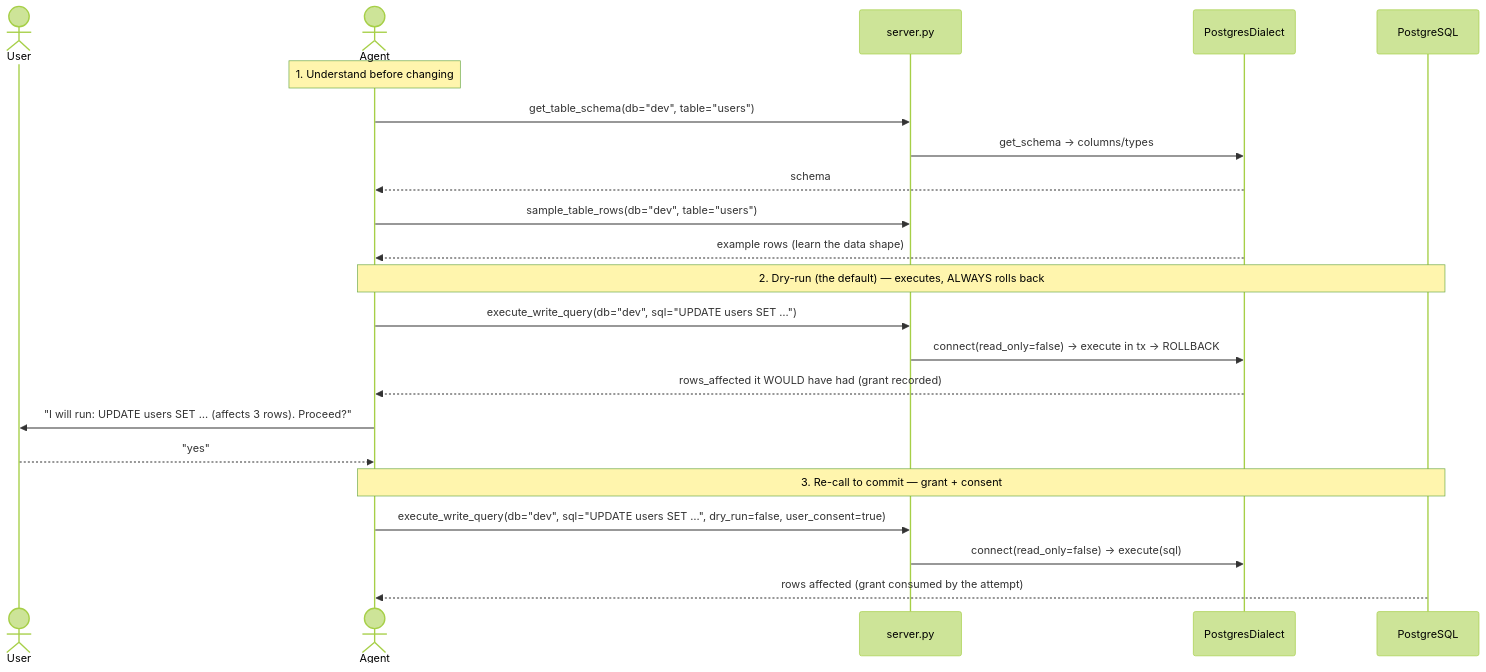
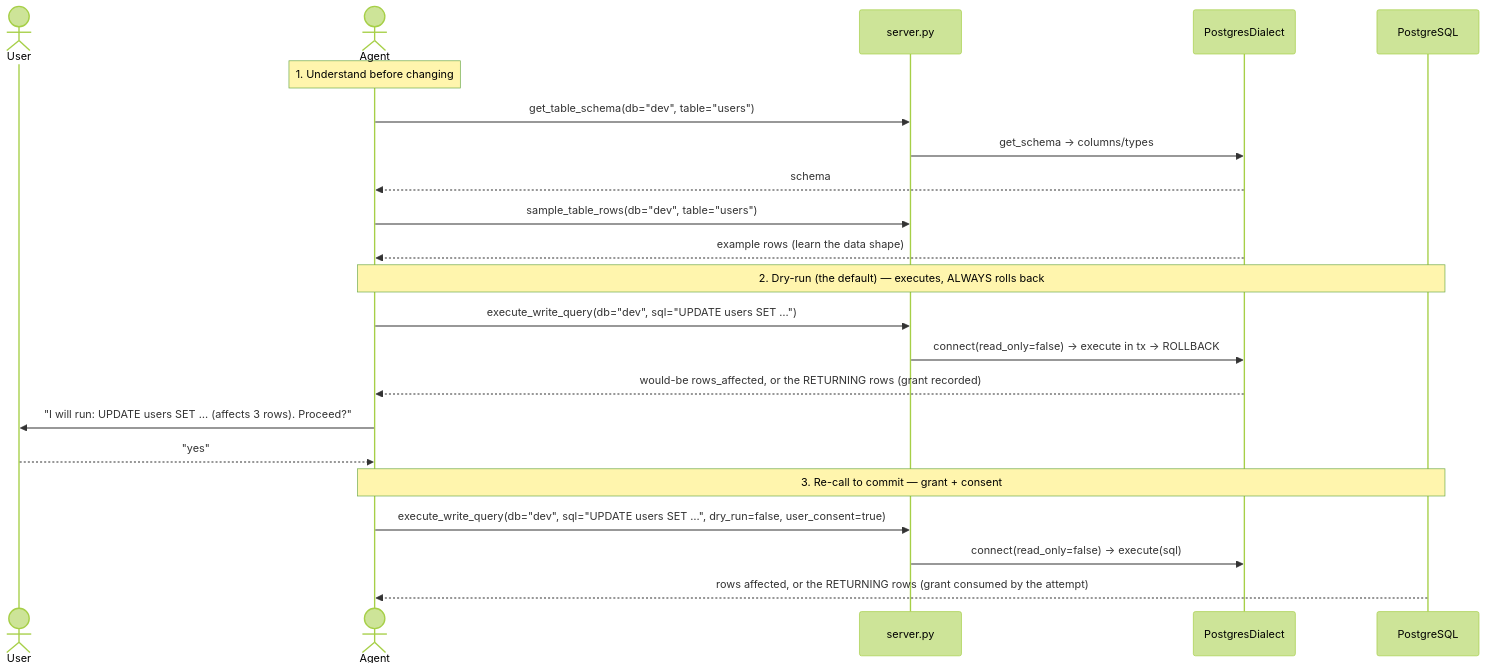
The fourth of 7 diagrams in docs/ARCHITECTURE.md (Idle-Sync/db-conn-mcp), drawn with Mermaid (forest theme) before and after one commit. The commit also changed other lines of this file and 7 other files, not shown here.

````diff
--- a/docs/ARCHITECTURE.md
+++ b/docs/ARCHITECTURE.md
@@ -233,28 +233,28 @@
 ```mermaid
 sequenceDiagram
     actor User
     actor Agent
     participant Server as server.py
     participant PG as PostgresDialect
     participant DB as PostgreSQL
 
     Note over Agent: 1. Understand before changing
     Agent->>Server: get_table_schema(db="dev", table="users")
     Server->>PG: get_schema → columns/types
     PG-->>Agent: schema
     Agent->>Server: sample_table_rows(db="dev", table="users")
     PG-->>Agent: example rows (learn the data shape)
 
     Note over Agent,DB: 2. Dry-run (the default) — executes, ALWAYS rolls back
     Agent->>Server: execute_write_query(db="dev", sql="UPDATE users SET …")
     Server->>PG: connect(read_only=false) → execute in tx → ROLLBACK
-    PG-->>Agent: rows_affected it WOULD have had (grant recorded)
+    PG-->>Agent: would-be rows_affected, or the RETURNING rows (grant recorded)
 
     Agent->>User: "I will run:  UPDATE users SET … (affects 3 rows). Proceed?"
     User-->>Agent: "yes"
 
     Note over Agent,DB: 3. Re-call to commit — grant + consent
     Agent->>Server: execute_write_query(db="dev", sql="UPDATE users SET …", dry_run=false, user_consent=true)
     Server->>PG: connect(read_only=false) → execute(sql)
-    DB-->>Agent: rows affected (grant consumed by the attempt)
+    DB-->>Agent: rows affected, or the RETURNING rows (grant consumed by the attempt)
 ```
````
